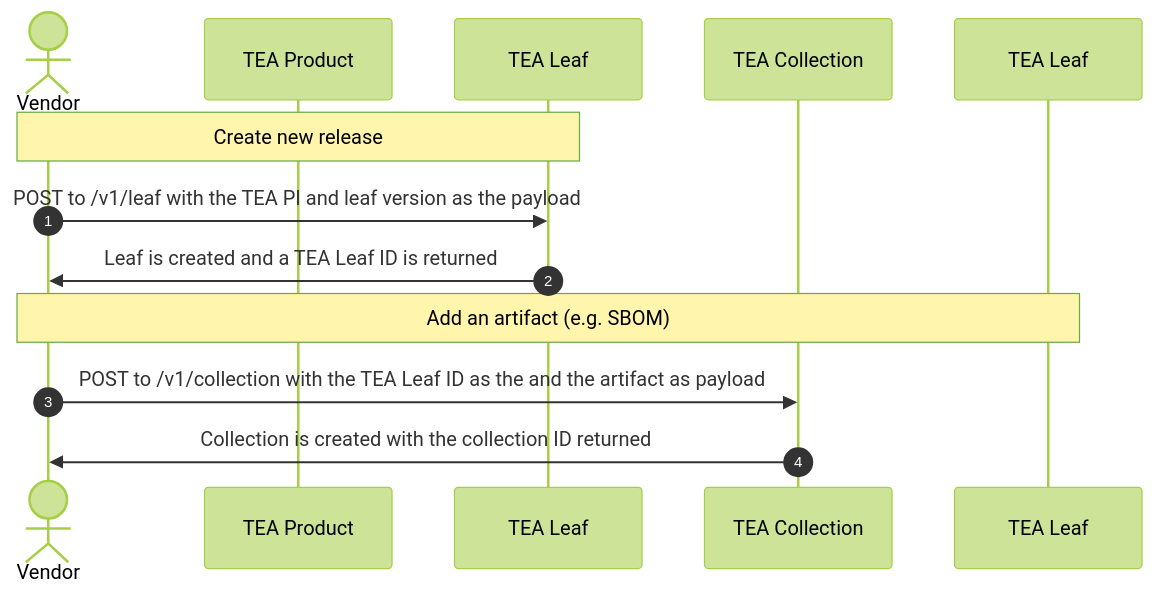
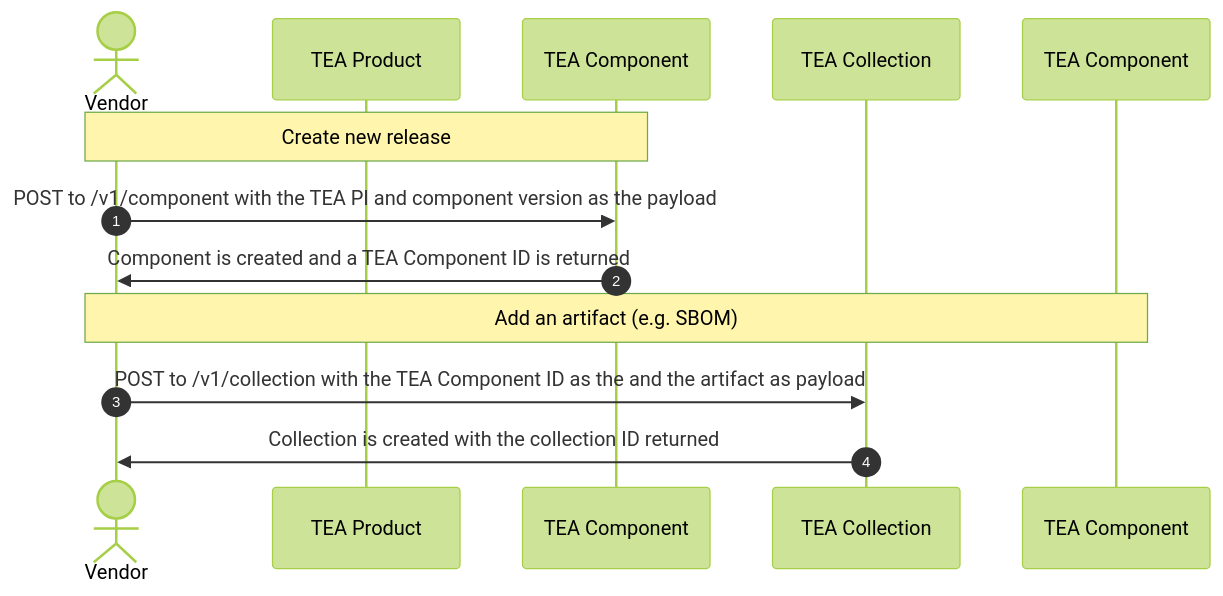
Before and after one commit to CycloneDX/transparency-exchange-api: the second of 3 diagrams in api-flow/publisher.md, drawn with Mermaid (forest theme). The commit also changed other lines of this file and 4 other files, not shown here.

Commit message:
Renaming TEA LEAF to TEA COMPONENT

````diff
--- a/api-flow/publisher.md
+++ b/api-flow/publisher.md
@@ -27,18 +27,18 @@
 ```mermaid
 sequenceDiagram
     autonumber
     actor Vendor
     participant tea_product as TEA Product
-    participant tea_leaf as TEA Leaf
+    participant tea_component as TEA Component
     participant tea_collection as TEA Collection
 
-    Note over Vendor,tea_leaf: Create new release
+    Note over Vendor,tea_component: Create new release
 
-    Vendor ->> tea_leaf: POST to /v1/leaf with the TEA PI and leaf version as the payload
-    tea_leaf ->> Vendor: Leaf is created and a TEA Leaf ID is returned
+    Vendor ->> tea_component: POST to /v1/component with the TEA PI and component version as the payload
+    tea_component ->> Vendor: Component is created and a TEA Component ID is returned
 
-    Note over Vendor,TEA Leaf: Add an artifact (e.g. SBOM)
-    Vendor ->> tea_collection: POST to /v1/collection with the TEA Leaf ID as the and the artifact as payload
+    Note over Vendor,TEA Component: Add an artifact (e.g. SBOM)
+    Vendor ->> tea_collection: POST to /v1/collection with the TEA Component ID as the and the artifact as payload
     tea_collection ->> Vendor: Collection is created with the collection ID returned
 
 ```
````
